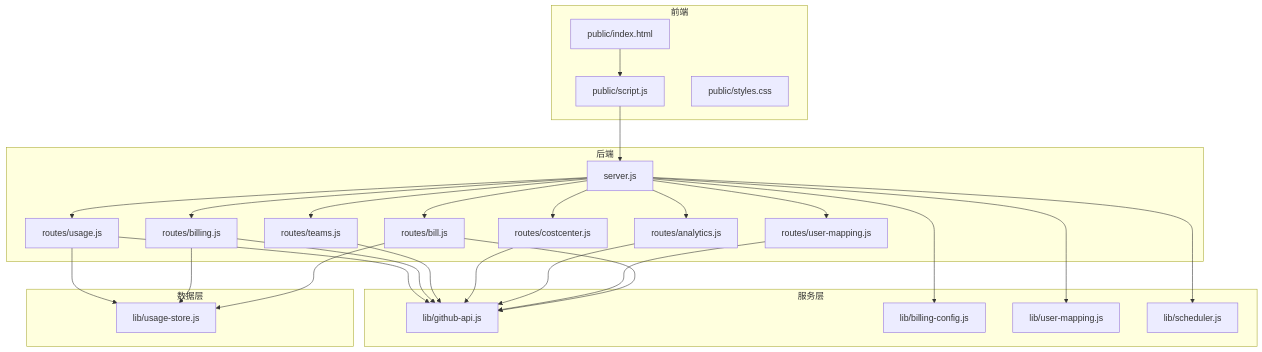
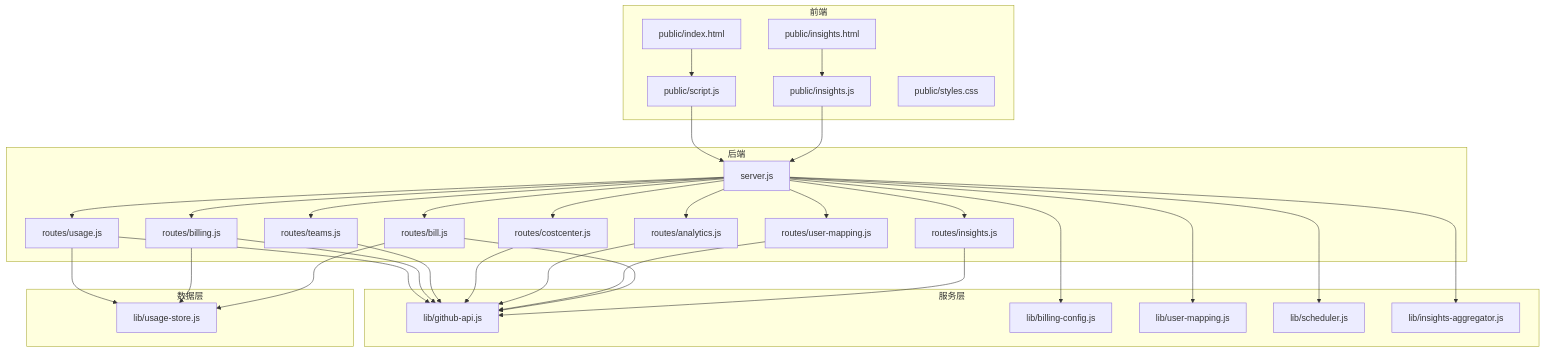
The third of 11 diagrams in .qoder/repowiki/zh/content/项目概述/项目介绍.md (kissingwolf/CopilotEnterpriseUsageDisplay), drawn with Mermaid before and after one commit. The commit also changed other lines of this file and 4 other files, not shown here.

````diff
--- a/.qoder/repowiki/zh/content/项目概述/项目介绍.md
+++ b/.qoder/repowiki/zh/content/项目概述/项目介绍.md
@@ -111,49 +209,58 @@
 ```mermaid
 graph TB
 subgraph "前端"
 UI["public/index.html"]
+INSIGHTS["public/insights.html"]
 JS["public/script.js"]
+INSIGHTS_JS["public/insights.js"]
 CSS["public/styles.css"]
 end
 subgraph "后端"
 S["server.js"]
 R1["routes/usage.js"]
 R2["routes/billing.js"]
 R3["routes/teams.js"]
 R4["routes/costcenter.js"]
 R5["routes/analytics.js"]
 R6["routes/user-mapping.js"]
 R7["routes/bill.js"]
+R8["routes/insights.js"]
 end
 subgraph "服务层"
 GH["lib/github-api.js"]
 BC["lib/billing-config.js"]
 UM["lib/user-mapping.js"]
 SCH["lib/scheduler.js"]
+IA["lib/insights-aggregator.js"]
 end
 subgraph "数据层"
 US["lib/usage-store.js"]
 end
 UI --> JS
+INSIGHTS --> INSIGHTS_JS
 JS --> S
+INSIGHTS_JS --> S
 S --> R1
 S --> R2
 S --> R3
 S --> R4
 S --> R5
 S --> R6
 S --> R7
+S --> R8
 R1 --> GH
 R2 --> GH
 R3 --> GH
 R4 --> GH
 R5 --> GH
 R6 --> GH
 R7 --> GH
+R8 --> GH
 R1 --> US
 R2 --> US
 R7 --> US
 S --> UM
 S --> BC
 S --> SCH
+S --> IA
 ```
````
